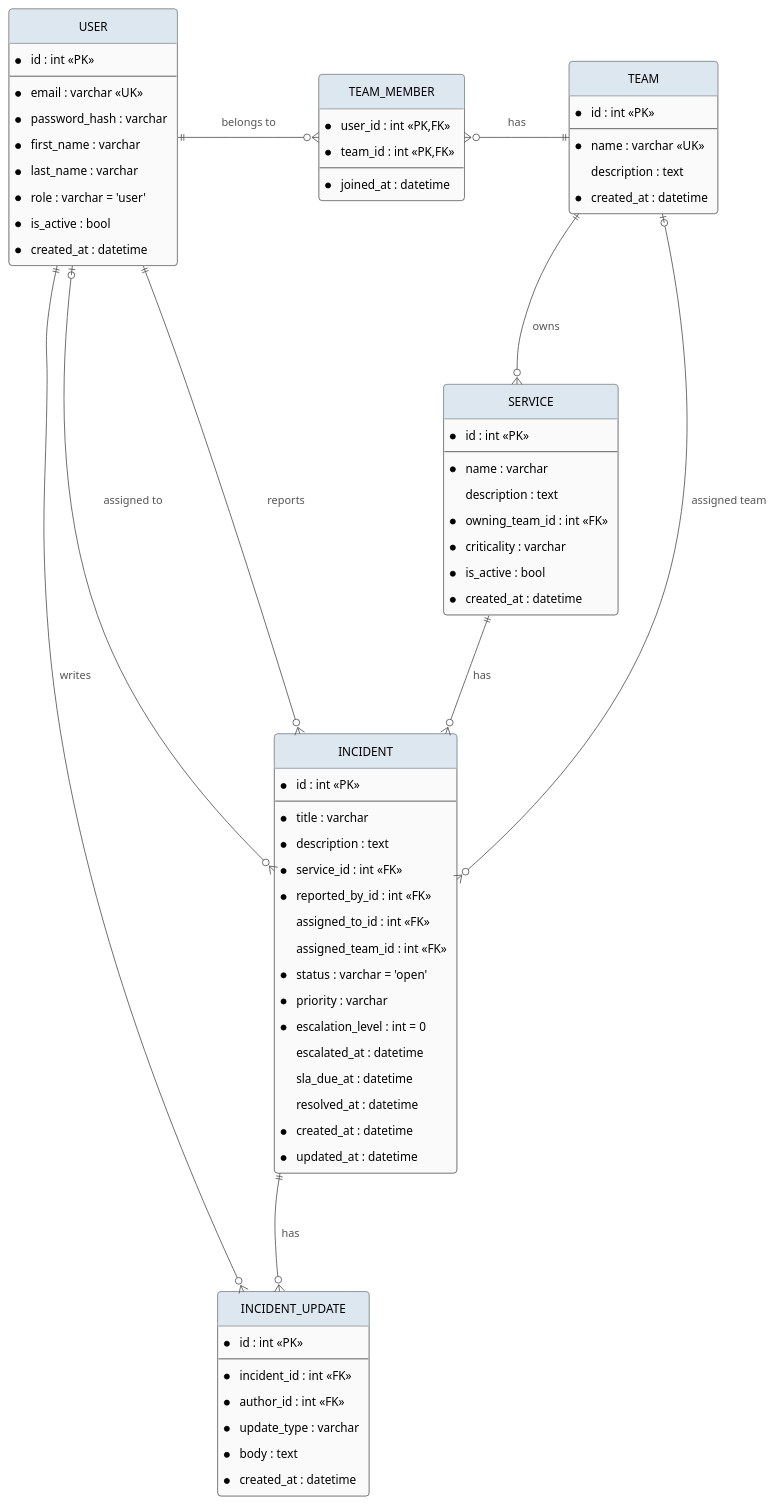
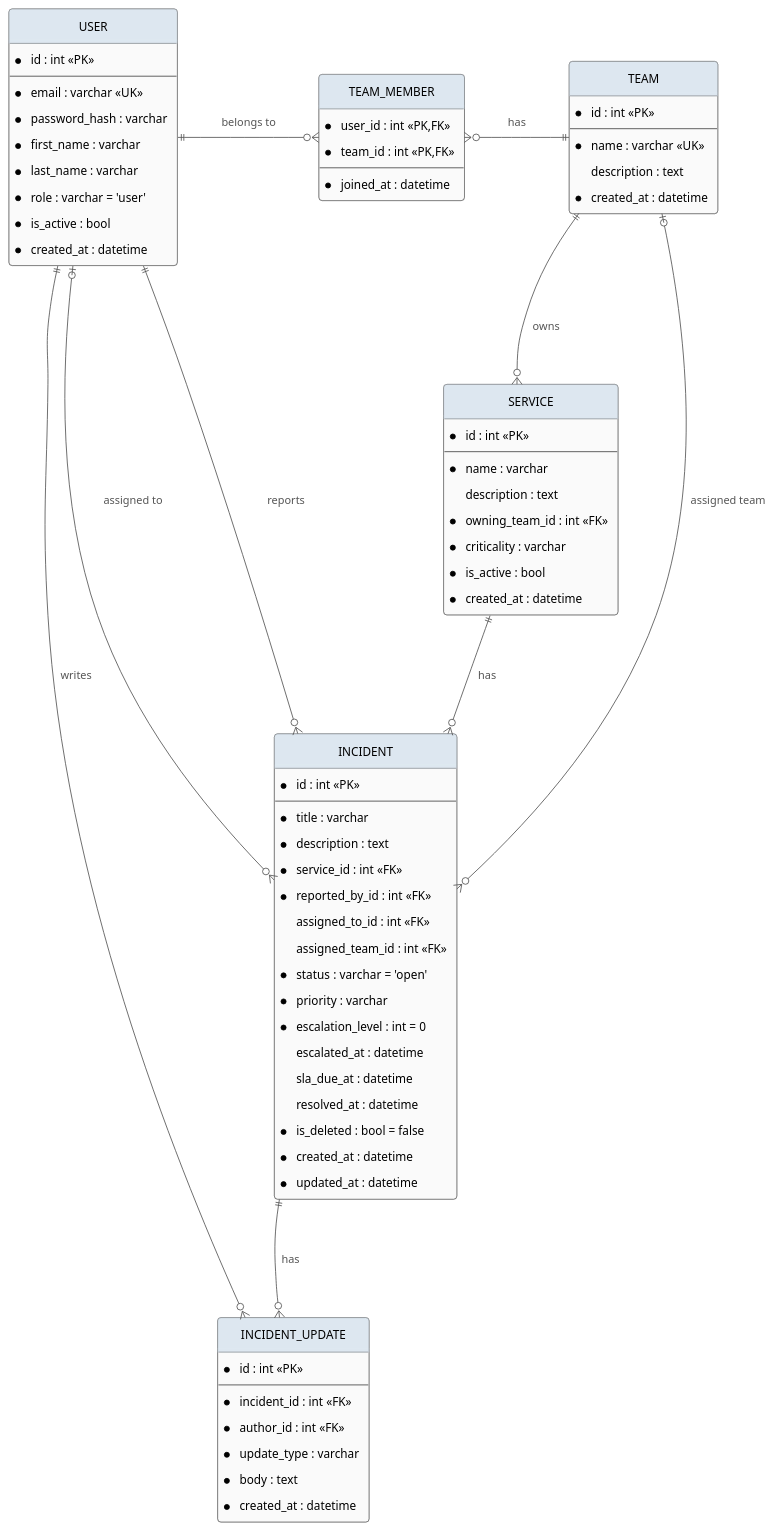
The diagram in docs/er-diagram.puml (ZiedRbd/COSC-3339-Fall-2026-Term-Project), drawn with PlantUML before and after one commit. The commit also changed 1 other file, not shown here.

Commit message:
Add is_deleted to INCIDENT

```diff
--- a/docs/er-diagram.puml
+++ b/docs/er-diagram.puml
@@ -1,109 +1,110 @@
 @startuml Campus IT Help Desk ER
 hide circle
 skinparam nodesep 90
 skinparam ranksep 110
 skinparam padding 6
 skinparam roundCorner 8
 skinparam shadowing false
 skinparam ArrowColor #555555
 skinparam ArrowFontColor #555555
 skinparam class {
   BackgroundColor #FAFAFA
   BorderColor #444444
   HeaderBackgroundColor #DDE7F0
 }
 
 ' ── People & groups ─────────────────────────────
 
 entity "USER" as user {
   * id : int <<PK>>
   --
   * email : varchar <<UK>>
   * password_hash : varchar
   * first_name : varchar
   * last_name : varchar
   * role : varchar = 'user'
   * is_active : bool
   * created_at : datetime
 }
 
 entity "TEAM_MEMBER" as tm {
   * user_id : int <<PK,FK>>
   * team_id : int <<PK,FK>>
   --
   * joined_at : datetime
 }
 
 entity "TEAM" as team {
   * id : int <<PK>>
   --
   * name : varchar <<UK>>
     description : text
   * created_at : datetime
 }
 
 ' ── What we support ─────────────────────────────
 
 entity "SERVICE" as service {
   * id : int <<PK>>
   --
   * name : varchar
     description : text
   * owning_team_id : int <<FK>>
   * criticality : varchar
   * is_active : bool
   * created_at : datetime
 }
 
 ' ── Tickets ─────────────────────────────────────
 
 entity "INCIDENT" as incident {
   * id : int <<PK>>
   --
   * title : varchar
   * description : text
   * service_id : int <<FK>>
   * reported_by_id : int <<FK>>
     assigned_to_id : int <<FK>>
     assigned_team_id : int <<FK>>
   * status : varchar = 'open'
   * priority : varchar
   * escalation_level : int = 0
     escalated_at : datetime
     sla_due_at : datetime
     resolved_at : datetime
+  * is_deleted : bool = false
   * created_at : datetime
   * updated_at : datetime
 }
 
 entity "INCIDENT_UPDATE" as upd {
   * id : int <<PK>>
   --
   * incident_id : int <<FK>>
   * author_id : int <<FK>>
   * update_type : varchar
   * body : text
   * created_at : datetime
 }
 
 ' ── Layout: users/teams on top, tickets below ───
 
 user     -[hidden]right-  tm
 tm       -[hidden]right-  team
 team     -[hidden]down-   service
 service  -[hidden]down-   incident
 incident -[hidden]down-   upd
 
 ' ── Relationships ───────────────────────────────
 
 user     ||--o{ tm       : belongs to
 team     ||--o{ tm       : has
 team     ||--o{ service  : owns
 service  ||--o{ incident : has
 user     ||--o{ incident : reports
 user     |o--o{ incident : assigned to
 team     |o--o{ incident : assigned team
 incident ||--o{ upd      : has
 user     ||--o{ upd      : writes
 
 @enduml
```
